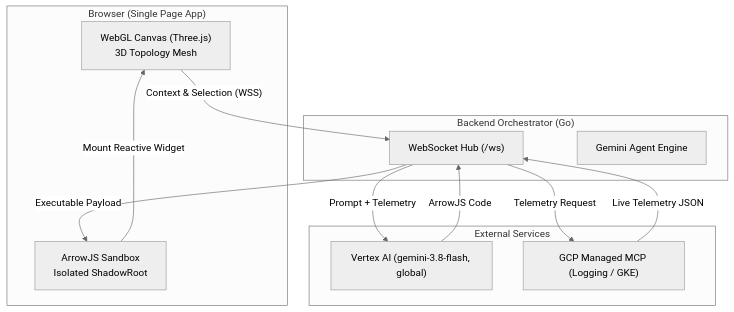
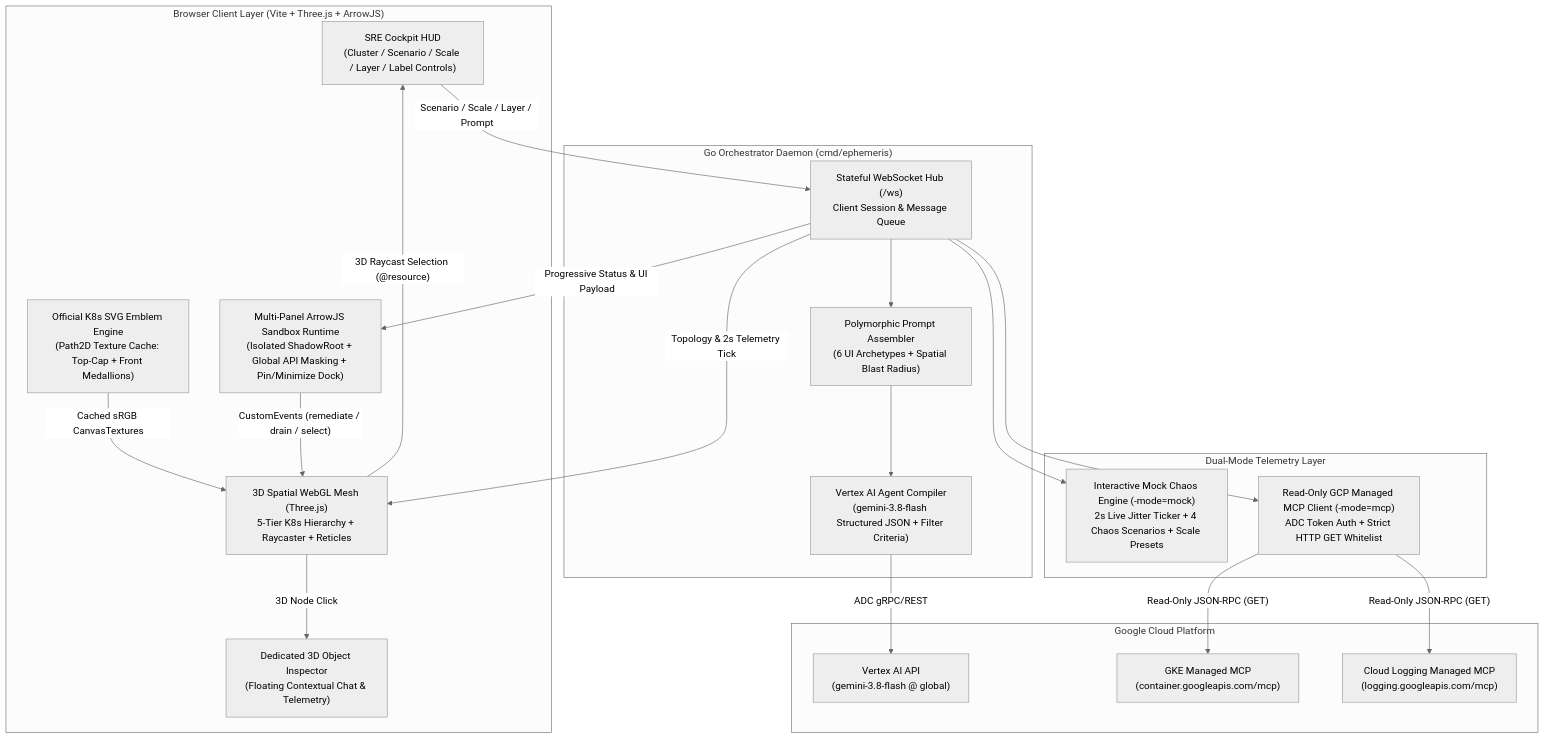
The diagram in docs/site/src/content/docs/architecture.md (go-steer/ephemeris), drawn with Mermaid (neutral theme) before and after one commit. The commit also changed other lines of this file and 2 other files, not shown here.

Commit message:
docs: add canonical architecture.md with Mermaid diagrams and update README

````diff
--- a/docs/site/src/content/docs/architecture.md
+++ b/docs/site/src/content/docs/architecture.md
@@ -8,25 +10,44 @@
 ```mermaid
 flowchart TD
-    subgraph Client["Browser (Single Page App)"]
-        Canvas["WebGL Canvas (Three.js)\n3D Topology Mesh"]
-        Sandbox["ArrowJS Sandbox\nIsolated ShadowRoot"]
+    subgraph Browser["Browser Client Layer (Vite + Three.js + ArrowJS)"]
+        HUD["SRE Cockpit HUD\n(Cluster / Scenario / Scale / Layer / Label Controls)"]
+        Canvas["3D Spatial WebGL Mesh (Three.js)\n5-Tier K8s Hierarchy + Raycaster + Reticles"]
+        Icons["Official K8s SVG Emblem Engine\n(Path2D Texture Cache: Top-Cap + Front Medallions)"]
+        Inspector["Dedicated 3D Object Inspector\n(Floating Contextual Chat & Telemetry)"]
+        Sandbox["Multi-Panel ArrowJS Sandbox Runtime\n(Isolated ShadowRoot + Global API Masking + Pin/Minimize Dock)"]
     end
 
-    subgraph Backend["Backend Orchestrator (Go)"]
-        Hub["WebSocket Hub (/ws)"]
-        Agent["Gemini Agent Engine"]
+    subgraph Backend["Go Orchestrator Daemon (cmd/ephemeris)"]
+        WSHub["Stateful WebSocket Hub (/ws)\nClient Session & Message Queue"]
+        Assembler["Polymorphic Prompt Assembler\n(6 UI Archetypes + Spatial Blast Radius)"]
+        Compiler["Vertex AI Agent Compiler\n(gemini-3.8-flash Structured JSON + Filter Criteria)"]
     end
 
-    subgraph External["External Services"]
-        Vertex["Vertex AI (gemini-3.8-flash, global)"]
-        MCP["GCP Managed MCP (Logging / GKE)"]
+    subgraph Telemetry["Dual-Mode Telemetry Layer"]
+        MockEngine["Interactive Mock Chaos Engine (-mode=mock)\n2s Live Jitter Ticker + 4 Chaos Scenarios + Scale Presets"]
+        MCPClient["Read-Only GCP Managed MCP Client (-mode=mcp)\nADC Token Auth + Strict HTTP GET Whitelist"]
     end
 
-    Canvas -- "Context & Selection (WSS)" --> Hub
-    Hub -- "Telemetry Request" --> MCP
-    MCP -- "Live Telemetry JSON" --> Hub
-    Hub -- "Prompt + Telemetry" --> Vertex
-    Vertex -- "ArrowJS Code" --> Hub
-    Hub -- "Executable Payload" --> Sandbox
-    Sandbox -- "Mount Reactive Widget" --> Canvas
+    subgraph GCP["Google Cloud Platform"]
+        VertexAI["Vertex AI API\n(gemini-3.8-flash @ global)"]
+        GKEMCP["GKE Managed MCP\n(container.googleapis.com/mcp)"]
+        LogMCP["Cloud Logging Managed MCP\n(logging.googleapis.com/mcp)"]
+    end
+
+    HUD -- "Scenario / Scale / Layer / Prompt" --> WSHub
+    Canvas -- "3D Raycast Selection (@resource)" --> HUD
+    Canvas -- "3D Node Click" --> Inspector
+    Icons -- "Cached sRGB CanvasTextures" --> Canvas
+    WSHub -- "Topology & 2s Telemetry Tick" --> Canvas
+    WSHub -- "Progressive Status & UI Payload" --> Sandbox
+    Sandbox -- "CustomEvents (remediate / drain / select)" --> Canvas
+
+    WSHub --> Assembler
+    Assembler --> Compiler
+    Compiler -- "ADC gRPC/REST" --> VertexAI
+
+    WSHub --> MockEngine
+    WSHub --> MCPClient
+    MCPClient -- "Read-Only JSON-RPC (GET)" --> GKEMCP
+    MCPClient -- "Read-Only JSON-RPC (GET)" --> LogMCP
 ```
````
